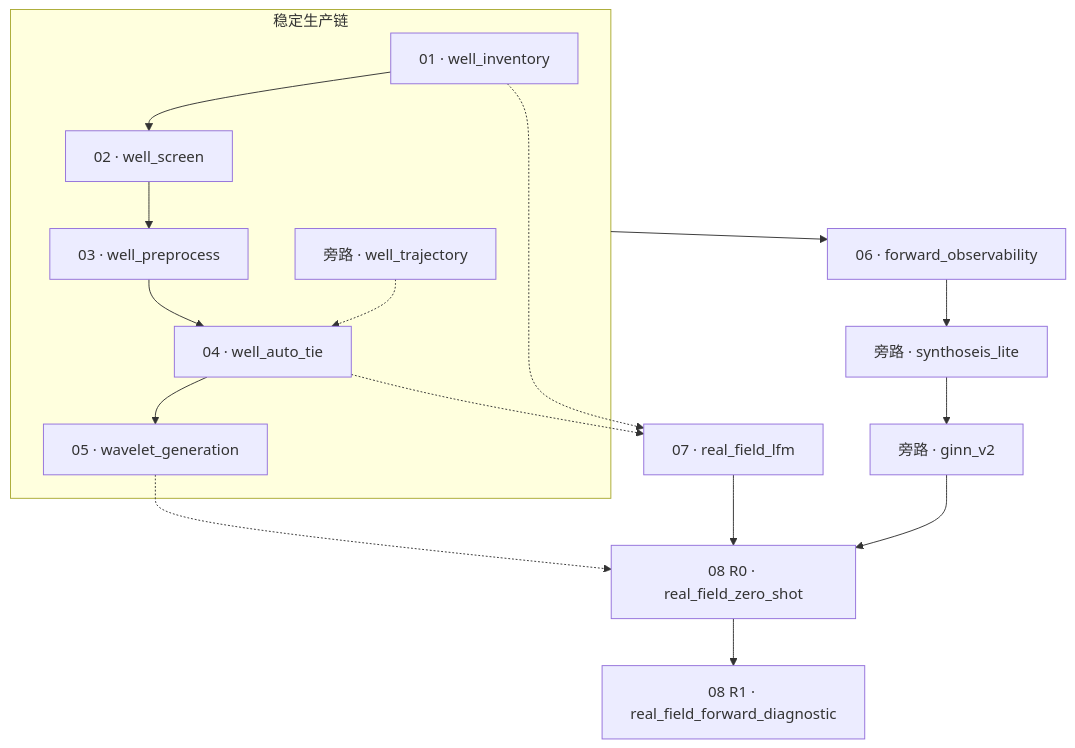
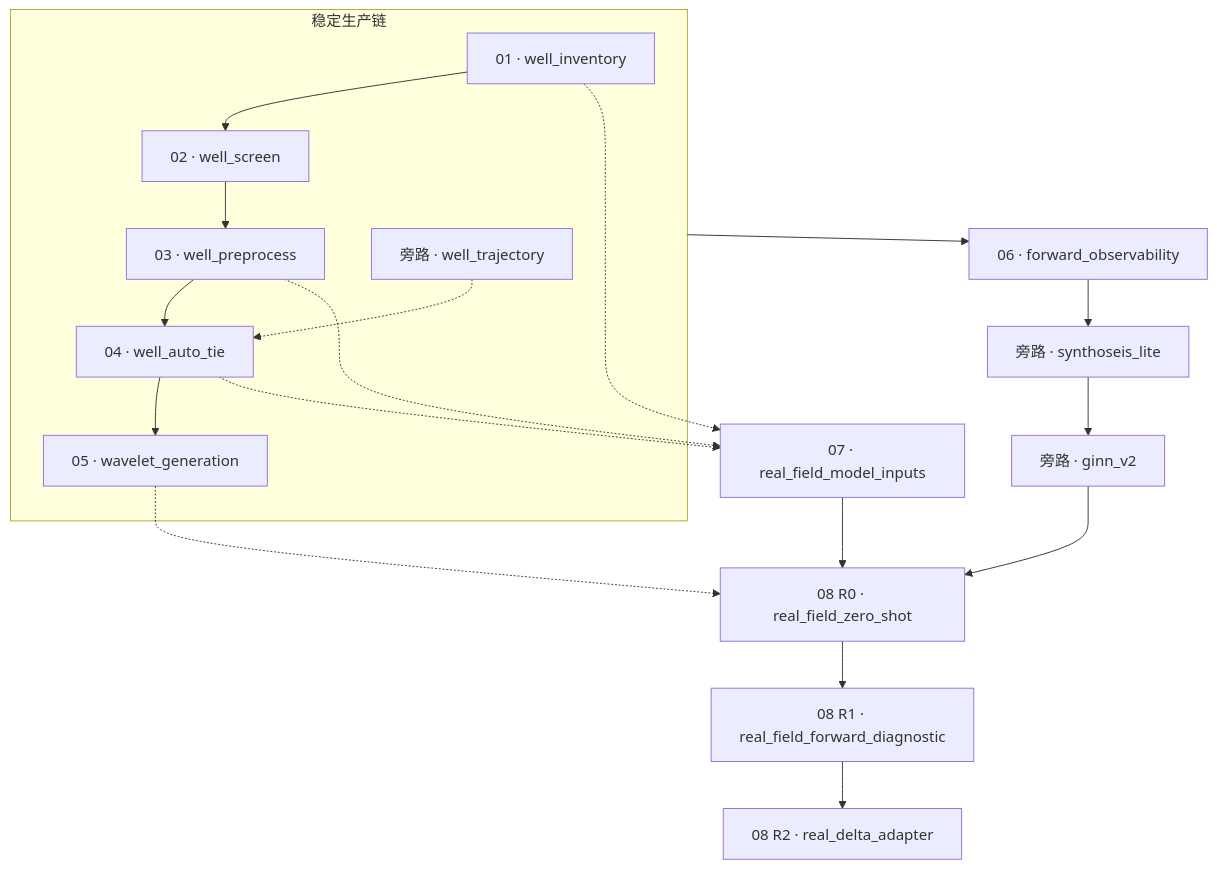
One commit to oimero/inversion_workflow changed the diagram in docs/index.md. Above: the diagram before and after it, drawn with Mermaid. The commit also changed other lines of this file and 14 other files, not shown here.

Commit message:
real field input v2

````diff
--- a/docs/index.md
+++ b/docs/index.md
@@ -3,21 +3,23 @@
 ```mermaid
 flowchart TB
     subgraph prod["稳定生产链"]
         S1["01 · well_inventory"] --> S2["02 · well_screen"] --> S3["03 · well_preprocess"] --> S4["04 · well_auto_tie"] --> S5["05 · wavelet_generation"]
         WT["旁路 · well_trajectory"] -.-> S4
     end
 
     prod --> S6["06 · forward_observability"]
 
-    S1 -.-> S7["07 · real_field_lfm"]
+    S1 -.-> S7["07 · real_field_model_inputs"]
+    S3 -.-> S7
     S4 -.-> S7
 
     S6 --> SL["旁路 · synthoseis_lite"]
     SL --> GV["旁路 · ginn_v2"]
 
     S5 -.-> R0["08 R0 · real_field_zero_shot"]
     S7 --> R0
     GV --> R0
 
     R0 --> R1["08 R1 · real_field_forward_diagnostic"]
+    R1 --> R2["08 R2 · real_delta_adapter"]
 ```
````
